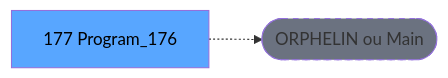
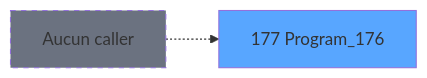
One commit to thonyAGP/magic-migration changed the second of 3 diagrams in .openspec/specs/ADH-IDE-177.md. Above: the diagram before and after it, drawn with Mermaid. The commit also changed other lines of this file and 311 other files, not shown here.

````diff
--- a/.openspec/specs/ADH-IDE-177.md
+++ b/.openspec/specs/ADH-IDE-177.md
@@ -121,8 +104,8 @@
 ```mermaid
 graph LR
-    T[177 Program_176]
-    ORPHAN([ORPHELIN ou Main])
-    T -.-> ORPHAN
-    style T fill:#58a6ff,color:#000
-    style ORPHAN fill:#6b7280,stroke-dasharray: 5 5
+    T177[177 Program_176]
+    style T177 fill:#58a6ff
+    NONE[Aucun caller]
+    NONE -.-> T177
+    style NONE fill:#6b7280,stroke-dasharray: 5 5
 ```
````
